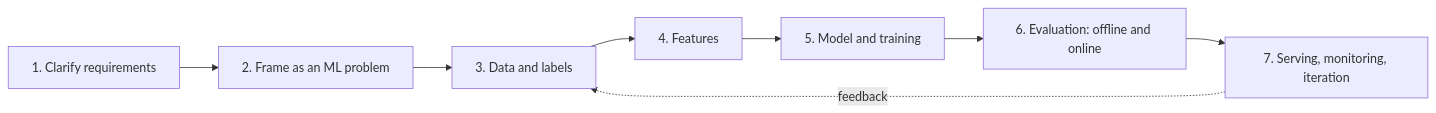
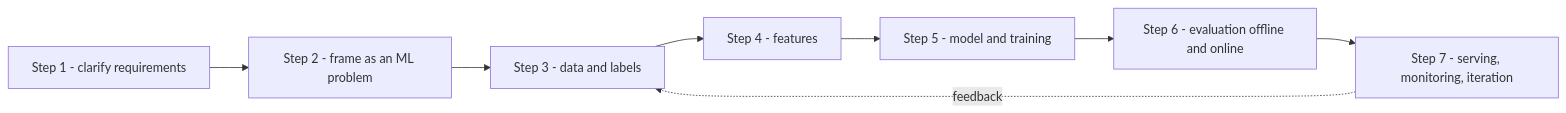
Before and after one commit to alvinnew100/grand-line-study-guide: the first of 2 diagrams in src/ml/lessons/91-system-design.md, drawn with Mermaid. The commit also changed other lines of this file and 54 other files, not shown here.

````diff
--- a/src/ml/lessons/91-system-design.md
+++ b/src/ml/lessons/91-system-design.md
@@ -14,10 +17,10 @@
 ```mermaid
 flowchart LR
-  A[1. Clarify requirements] --> B[2. Frame as an ML problem]
-  B --> C[3. Data and labels]
-  C --> D[4. Features]
-  D --> E[5. Model and training]
-  E --> F[6. Evaluation: offline and online]
-  F --> G[7. Serving, monitoring, iteration]
+  A[Step 1 - clarify requirements] --> B[Step 2 - frame as an ML problem]
+  B --> C[Step 3 - data and labels]
+  C --> D[Step 4 - features]
+  D --> E[Step 5 - model and training]
+  E --> F[Step 6 - evaluation offline and online]
+  F --> G[Step 7 - serving, monitoring, iteration]
   G -.->|feedback| C
 ```
````
